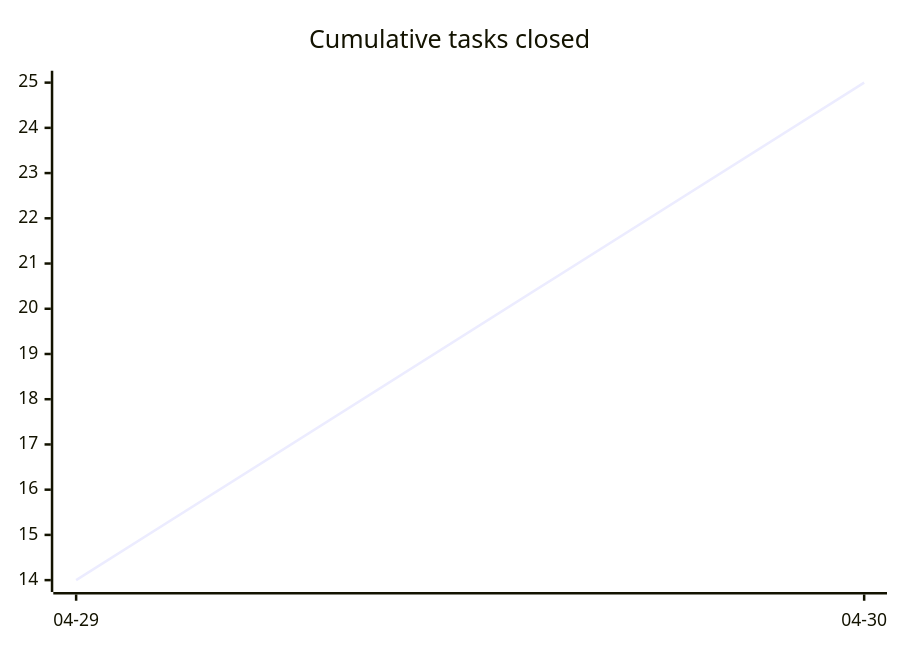
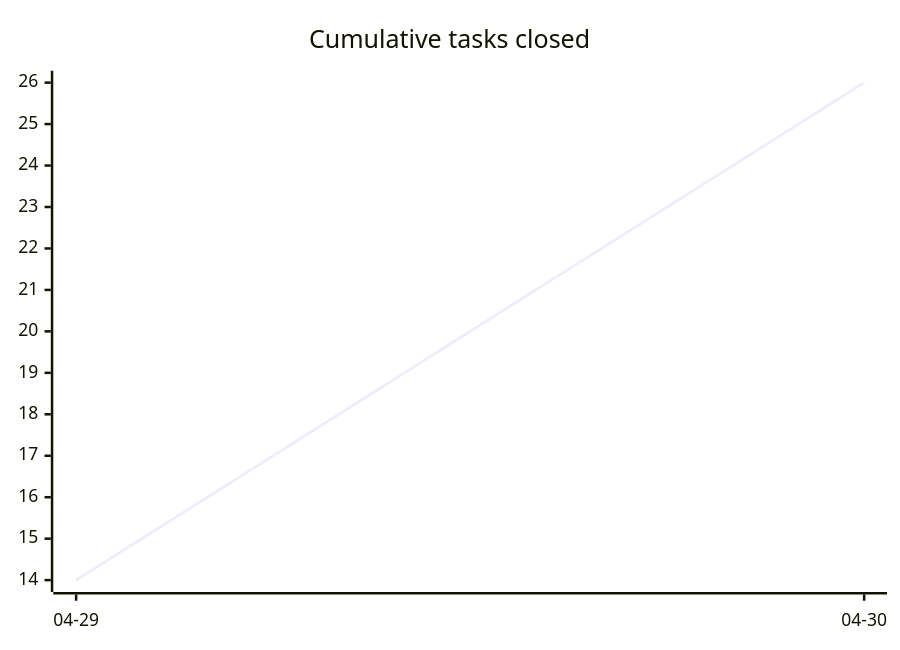
Before and after one commit to tgd1975/AwesomeStudioPedal: the first of 3 diagrams in docs/developers/tasks/OVERVIEW.md, drawn with Mermaid. The commit also changed other lines of this file and 3 other files, not shown here.

````diff
--- a/docs/developers/tasks/OVERVIEW.md
+++ b/docs/developers/tasks/OVERVIEW.md
@@ -20,6 +20,6 @@
 ```mermaid
 xychart-beta
     title "Cumulative tasks closed"
     x-axis ["04-29", "04-30"]
-    line [14, 25]
+    line [14, 26]
 ```
````
